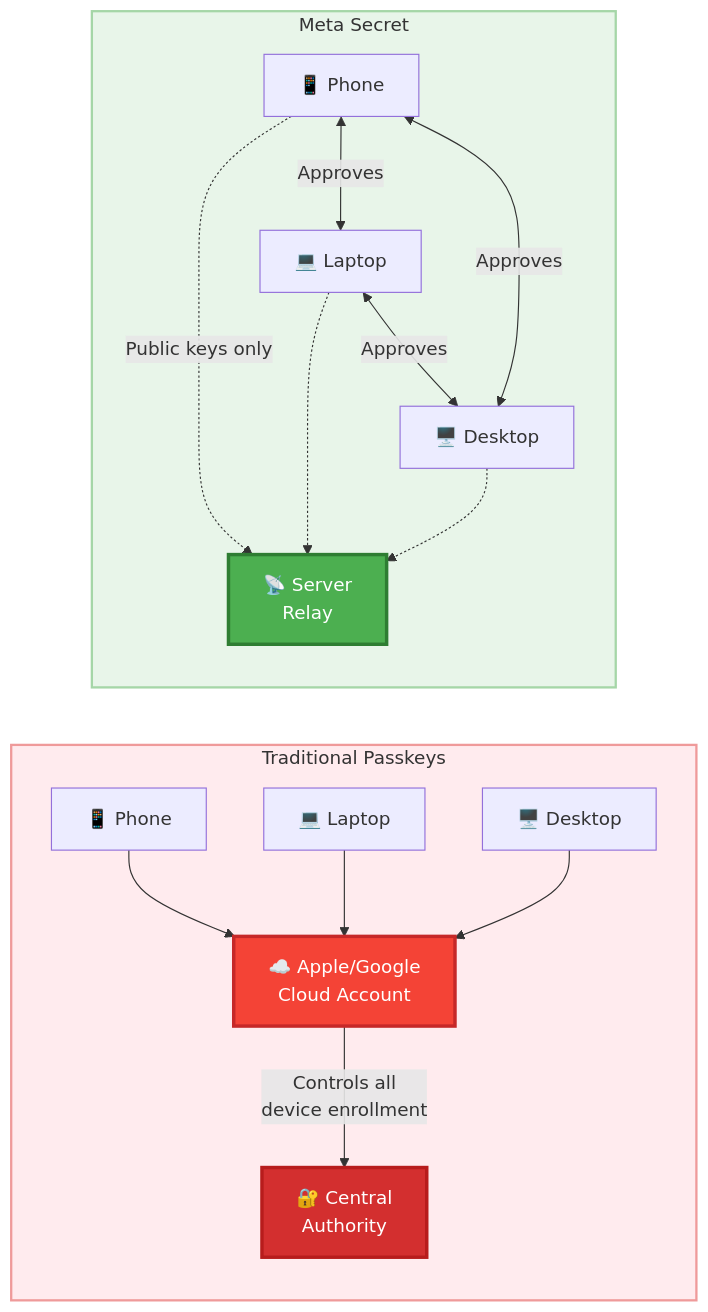
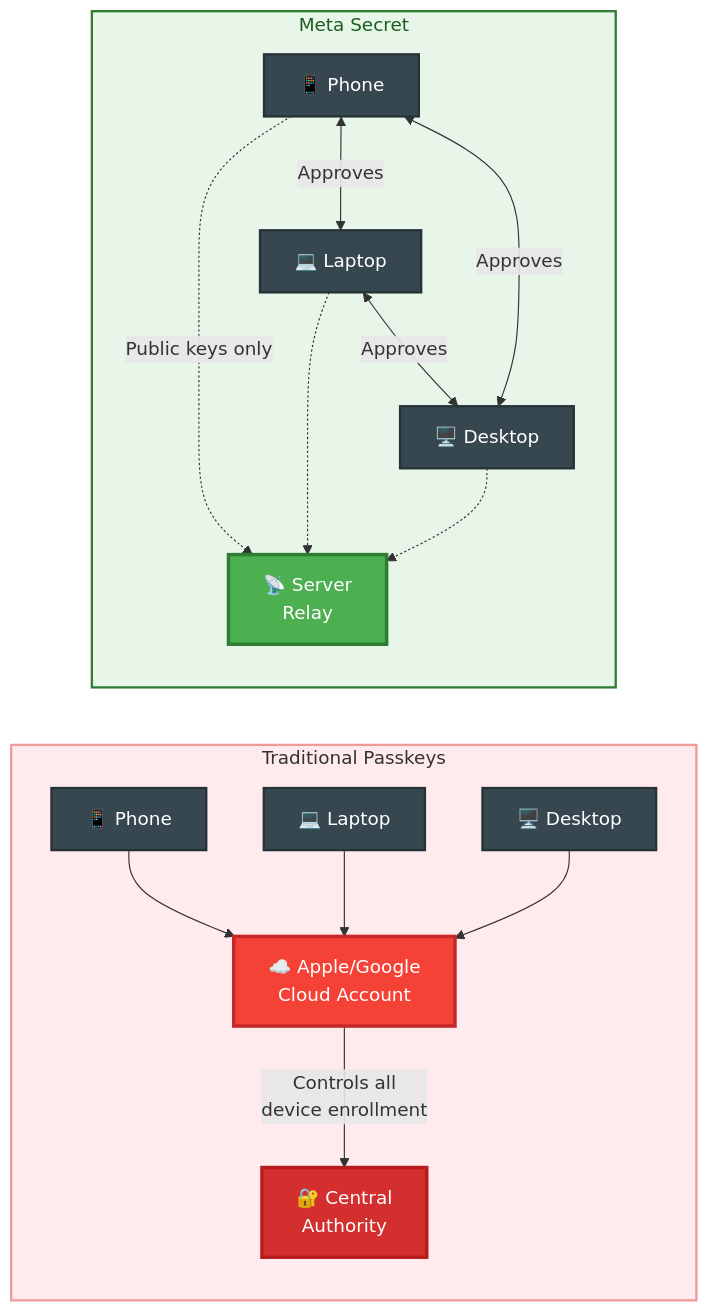
Before and after one commit to meta-secret/meta-secret-core: the fifth of 15 diagrams in docs/meta-secret-technical-presentation.md, drawn with Mermaid. The commit also changed other lines of this file, not shown here.

````diff
--- a/docs/meta-secret-technical-presentation.md
+++ b/docs/meta-secret-technical-presentation.md
@@ -469,27 +475,33 @@
 ```mermaid
 flowchart LR
     subgraph PASSKEY["Traditional Passkeys"]
         direction TB
         PA[📱 Phone] --> CLOUD[☁️ Apple/Google<br/>Cloud Account]
         PB[💻 Laptop] --> CLOUD
         PC[🖥️ Desktop] --> CLOUD
         CLOUD -->|"Controls all<br/>device enrollment"| AUTH[🔐 Central<br/>Authority]
     end
     
     subgraph METASECRET["Meta Secret"]
         direction TB
         MA[📱 Phone] <-->|"Approves"| MB[💻 Laptop]
         MB <-->|"Approves"| MC[🖥️ Desktop]
         MA <-->|"Approves"| MC
         
         MA -.->|"Public keys only"| RELAY[📡 Server<br/>Relay]
         MB -.-> RELAY
         MC -.-> RELAY
     end
     
     style CLOUD fill:#f44336,color:#fff,stroke:#c62828,stroke-width:3px
     style AUTH fill:#d32f2f,color:#fff,stroke:#b71c1c,stroke-width:3px
     style RELAY fill:#4caf50,color:#fff,stroke:#2e7d32,stroke-width:3px
-    style PASSKEY fill:#ffebee,stroke:#ef9a9a,stroke-width:2px
-    style METASECRET fill:#e8f5e9,stroke:#a5d6a7,stroke-width:2px
+    style PASSKEY fill:#ffebee,color:#333,stroke:#ef9a9a,stroke-width:2px
+    style METASECRET fill:#e8f5e9,color:#1b5e20,stroke:#2e7d32,stroke-width:2px
+    style MA fill:#37474f,color:#fff,stroke:#263238,stroke-width:2px
+    style MB fill:#37474f,color:#fff,stroke:#263238,stroke-width:2px
+    style MC fill:#37474f,color:#fff,stroke:#263238,stroke-width:2px
+    style PA fill:#37474f,color:#fff,stroke:#263238,stroke-width:2px
+    style PB fill:#37474f,color:#fff,stroke:#263238,stroke-width:2px
+    style PC fill:#37474f,color:#fff,stroke:#263238,stroke-width:2px
 ```
````
